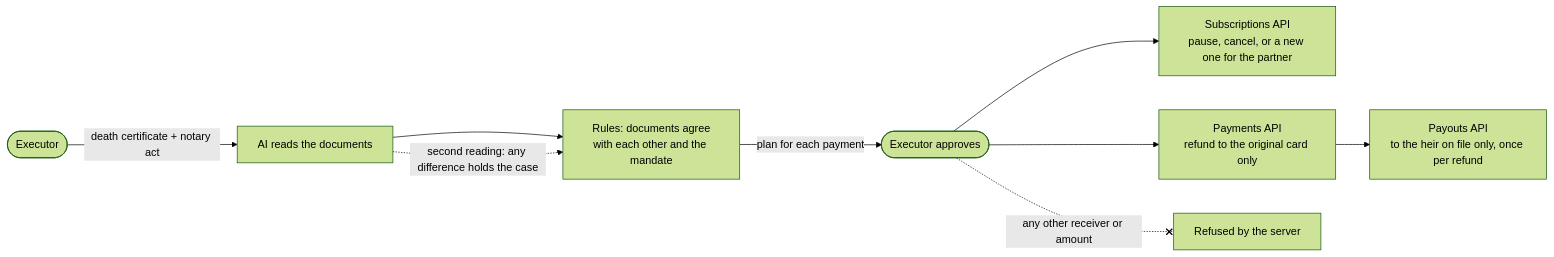
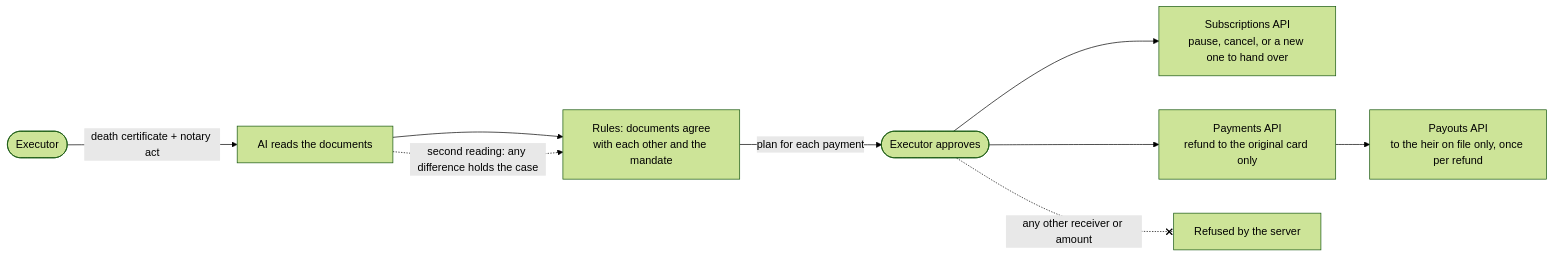
The diagram in README.md (aminezar/lastly), drawn with Mermaid (forest theme) before and after one commit. The commit also changed other lines of this file and 3 other files, not shown here.

````diff
--- a/README.md
+++ b/README.md
@@ -61,11 +61,11 @@
 ```mermaid
 flowchart LR
   E([Executor]) -->|death certificate + notary act| AI[AI reads the documents]
   AI --> R[Rules: documents agree<br/>with each other and the mandate]
   AI -. second reading: any difference holds the case .-> R
   R -->|plan for each payment| OK([Executor approves])
-  OK --> S[Subscriptions API<br/>pause, cancel, or a new one for the partner]
+  OK --> S[Subscriptions API<br/>pause, cancel, or a new one to hand over]
   OK --> RF[Payments API<br/>refund to the original card only]
   RF --> PO[Payouts API<br/>to the heir on file only, once per refund]
   OK -. any other receiver or amount .-x X[Refused by the server]
 ```
````
